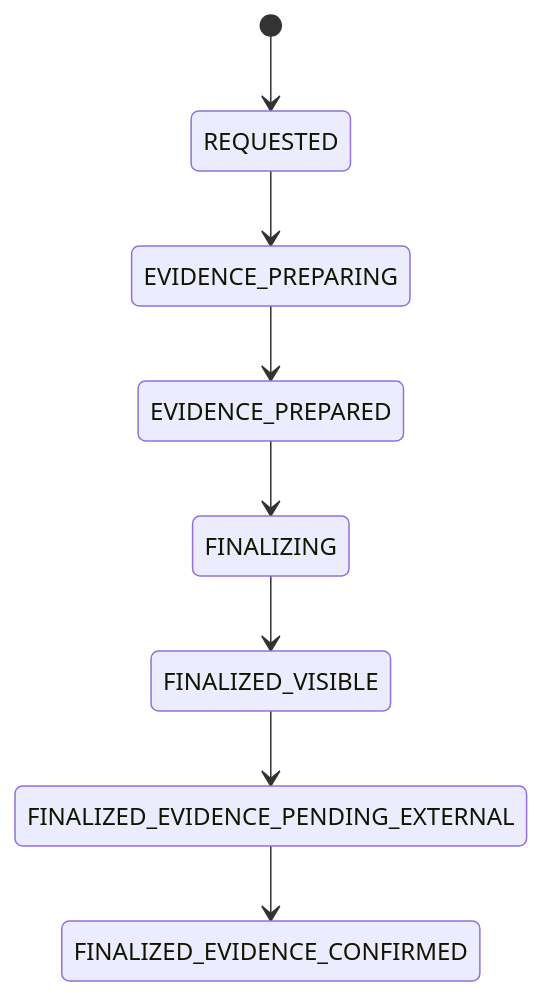
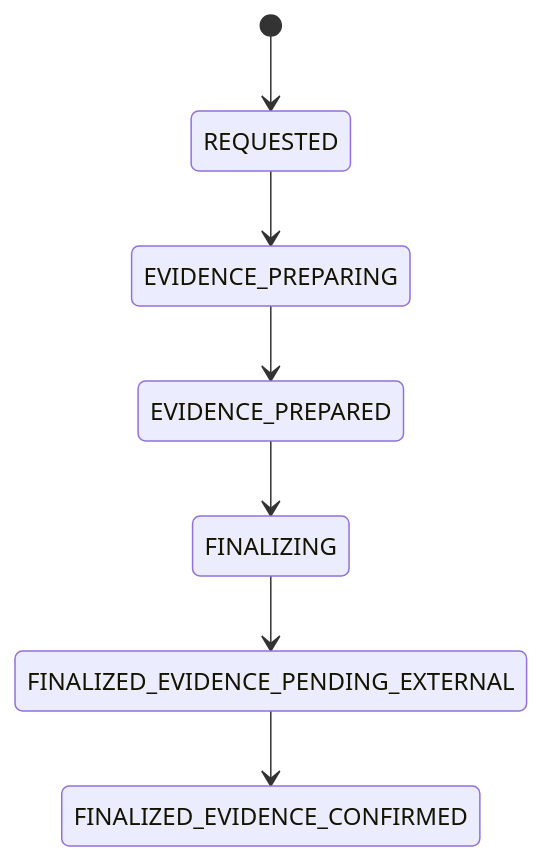
One commit to MiloszPodsiadly/fraud-detection-platform changed the second of 3 diagrams in docs/adr/FDP-29-evidence-gated-finalize.md. Above: the diagram before and after it, drawn with Mermaid. The commit also changed other lines of this file and 11 other files, not shown here.

````diff
--- a/docs/adr/FDP-29-evidence-gated-finalize.md
+++ b/docs/adr/FDP-29-evidence-gated-finalize.md
@@ -38,10 +38,9 @@
 ```mermaid
 stateDiagram-v2
     [*] --> REQUESTED
     REQUESTED --> EVIDENCE_PREPARING
     EVIDENCE_PREPARING --> EVIDENCE_PREPARED
     EVIDENCE_PREPARED --> FINALIZING
-    FINALIZING --> FINALIZED_VISIBLE
-    FINALIZED_VISIBLE --> FINALIZED_EVIDENCE_PENDING_EXTERNAL
+    FINALIZING --> FINALIZED_EVIDENCE_PENDING_EXTERNAL
     FINALIZED_EVIDENCE_PENDING_EXTERNAL --> FINALIZED_EVIDENCE_CONFIRMED
 ```
````
